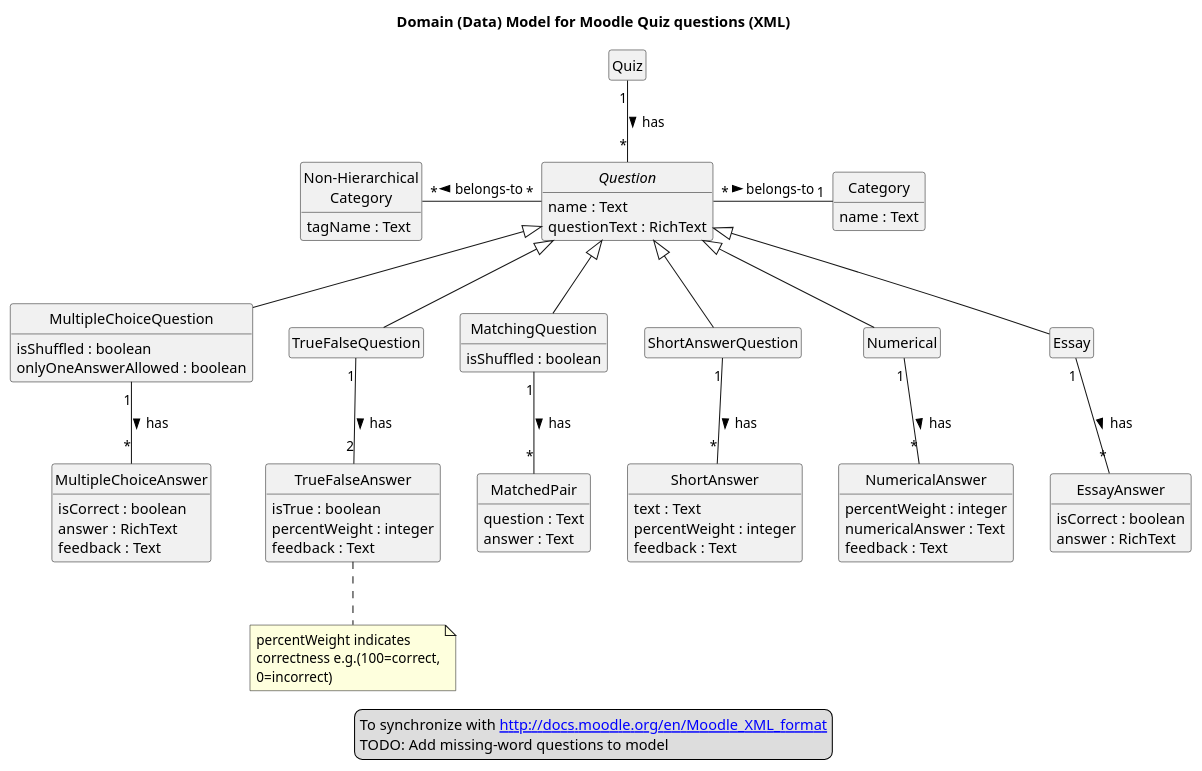
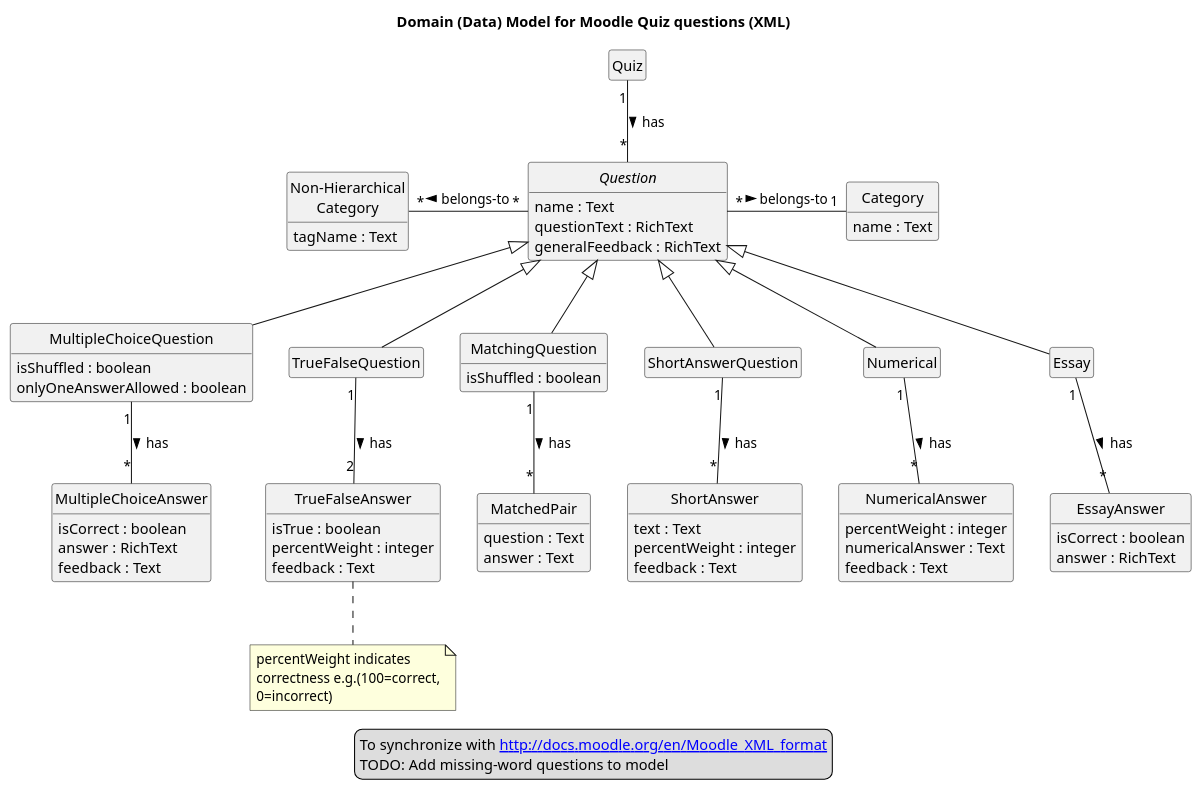
The diagram in Moodle Question Domain Model.puml (fuhrmanator/GIFT-grammar-PEG.js), drawn with PlantUML before and after one commit.

Commit message:
Added General Feedback attribute to Question

```diff
--- a/Moodle Question Domain Model.puml
+++ b/Moodle Question Domain Model.puml
@@ -1,98 +1,99 @@
 @startuml
 skinparam style strictuml
 hide methods
 hide empty members
 title Domain (Data) Model for Moodle Quiz questions (XML)
 class "Quiz" as Q {
 }
 class "Category" as C {
  name : Text
 }
 
 class "Non-Hierarchical\nCategory" as NHC {
   tagName : Text
 }
 
 abstract class "Question" as AQ {
   name : Text
   questionText : RichText
+  generalFeedback : RichText
 }
 class "MultipleChoiceQuestion" as MCQ  extends AQ {
   isShuffled : boolean
  onlyOneAnswerAllowed : boolean
 }
 
 class "MultipleChoiceAnswer" as MCA   {
  isCorrect : boolean
  answer : RichText
  feedback : Text
 }
 MCQ "1" -- "*" MCA : has >
 
 class "TrueFalseQuestion" as TFQ extends AQ {
 }
 
 class "TrueFalseAnswer" as TFA {
  isTrue : boolean
  percentWeight : integer
  feedback : Text
 }
 
 note bottom
 percentWeight indicates 
 correctness e.g.(100=correct,
 0=incorrect)
 end note
 
 TFQ "1" -- "2" TFA : has >
 
 
 
 class "MatchingQuestion" as MQ extends AQ {
 isShuffled : boolean
 }
 class "MatchedPair" as SQ {
  question : Text
  answer : Text
 }
 MQ "1" -- "*" SQ : has >
 
 class "ShortAnswerQuestion" as SAQ extends AQ {
 }
 
 class "ShortAnswer" as SA {
  text : Text 
  percentWeight : integer
  feedback : Text
 }
 
 SAQ "1" -- "*" SA : has >
 
 class "Numerical" as NQ extends AQ {
 }
 class "NumericalAnswer" as NA {
  percentWeight : integer
  numericalAnswer : Text
  feedback : Text
 }
 
 NQ "1" -- "*" NA : has >
 
 class "Essay" as EQ extends AQ {
 }
 class "EssayAnswer" as EA {
  isCorrect : boolean
  answer : RichText
 }
 EQ "1" -- "*" EA : has >
 
 Q "1" -- "*" AQ : has >
 AQ "*" - "1" C : belongs-to >
 AQ "*" -left- "*" NHC : belongs-to >
 
 legend center
 To synchronize with [[http://docs.moodle.org/en/Moodle_XML_format]]
 TODO: Add missing-word questions to model
 endlegend
 
 @enduml
```
